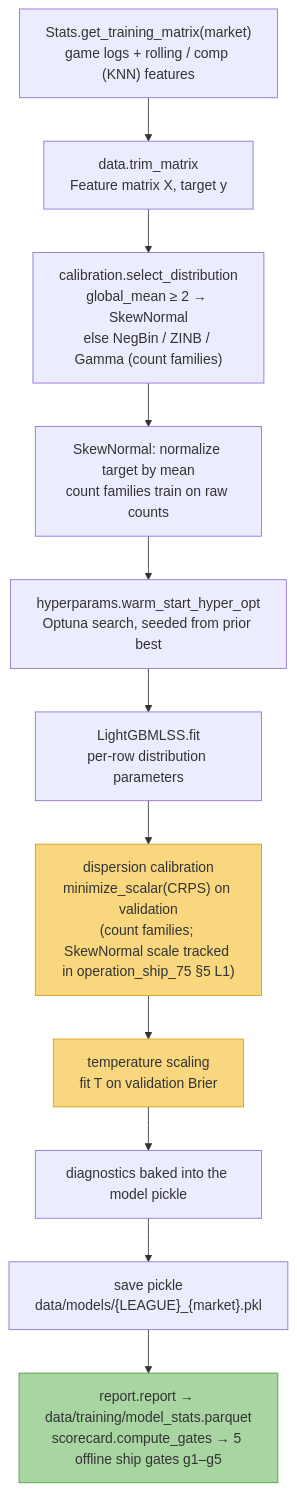
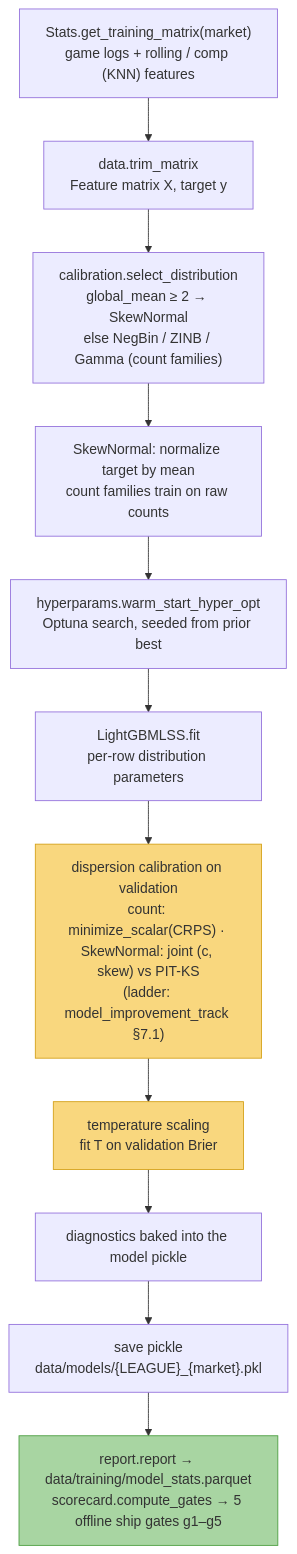
The first of 2 diagrams in docs/pipeline_diagrams.md (tjjerome/Sportstradamus), drawn with Mermaid before and after one commit. The commit also changed other lines of this file and 18 other files, not shown here.

First line of the commit message:
docs: consolidate model improvement track into model_improvement_track.md

````diff
--- a/docs/pipeline_diagrams.md
+++ b/docs/pipeline_diagrams.md
@@ -11,17 +11,17 @@
 ```mermaid
 flowchart TD
     A["Stats.get_training_matrix(market)<br/>game logs + rolling / comp (KNN) features"] --> B["data.trim_matrix<br/>Feature matrix X, target y"]
     B --> C["calibration.select_distribution<br/>global_mean ≥ 2 → SkewNormal<br/>else NegBin / ZINB / Gamma (count families)"]
     C --> D["SkewNormal: normalize target by mean<br/>count families train on raw counts"]
     D --> E["hyperparams.warm_start_hyper_opt<br/>Optuna search, seeded from prior best"]
     E --> F["LightGBMLSS.fit<br/>per-row distribution parameters"]
-    F --> G["dispersion calibration<br/>minimize_scalar(CRPS) on validation<br/>(count families; SkewNormal scale tracked in operation_ship_75 §5 L1)"]
+    F --> G["dispersion calibration on validation<br/>count: minimize_scalar(CRPS) · SkewNormal: joint (c, skew) vs PIT-KS<br/>(ladder: model_improvement_track §7.1)"]
     G --> H["temperature scaling<br/>fit T on validation Brier"]
     H --> I["diagnostics baked into the model pickle"]
     I --> J["save pickle<br/>data/models/{LEAGUE}_{market}.pkl"]
     J --> K["report.report → data/training/model_stats.parquet<br/>scorecard.compute_gates → 5 offline ship gates g1–g5"]
 
     style G fill:#f9d77e,stroke:#d4a017
     style H fill:#f9d77e,stroke:#d4a017
     style K fill:#a8d5a2,stroke:#4a9e3f
 ```
````
